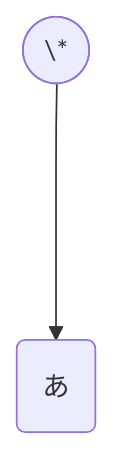
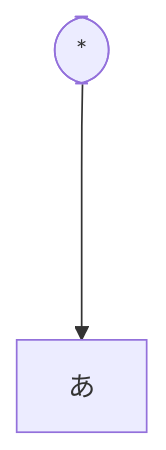
Before and after one commit to MathotaGamma/MathotaGamma.github.io: the diagram in document/math-expression-parser.md, drawn with Mermaid.

````diff
--- a/document/math-expression-parser.md
+++ b/document/math-expression-parser.md
@@ -316,5 +316,5 @@
 ```mermaid
 flowchart TD
-  A([\*])
-  A ----> B(あ)
+  A([*])
+  A ----> B[あ]
 ```
````
